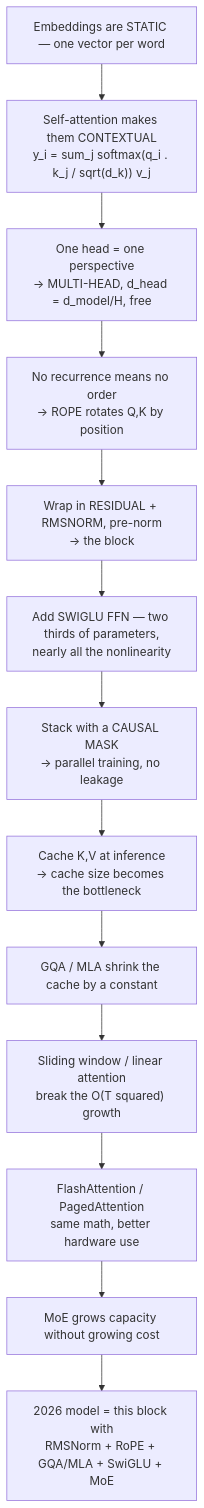
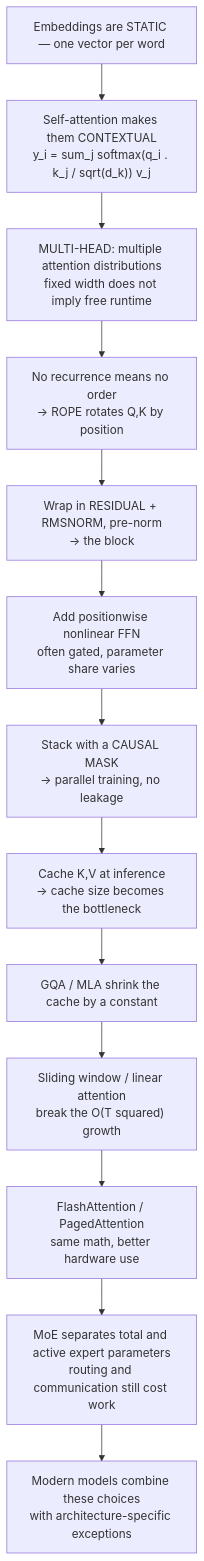
The diagram in content/courses/transformers/17-glossary-and-cheatsheet.md (alliedbrother/ml-interview-notes), drawn with Mermaid before and after one commit. The commit also changed other lines of this file and 217 other files, not shown here.

````diff
--- a/content/courses/transformers/17-glossary-and-cheatsheet.md
+++ b/content/courses/transformers/17-glossary-and-cheatsheet.md
@@ -372,15 +403,15 @@
 ```mermaid
 flowchart TD
     A["Embeddings are STATIC — one vector per word"] --> B["Self-attention makes them CONTEXTUAL<br/>y_i = sum_j softmax(q_i . k_j / sqrt(d_k)) v_j"]
-    B --> C["One head = one perspective<br/>-&gt; MULTI-HEAD, d_head = d_model/H, free"]
+    B --> C["MULTI-HEAD: multiple attention distributions<br/>fixed width does not imply free runtime"]
     C --> D["No recurrence means no order<br/>-&gt; ROPE rotates Q,K by position"]
     D --> E["Wrap in RESIDUAL + RMSNORM, pre-norm<br/>-&gt; the block"]
-    E --> F["Add SWIGLU FFN — two thirds of parameters,<br/>nearly all the nonlinearity"]
+    E --> F["Add positionwise nonlinear FFN<br/>often gated, parameter share varies"]
     F --> G["Stack with a CAUSAL MASK<br/>-&gt; parallel training, no leakage"]
     G --> H["Cache K,V at inference<br/>-&gt; cache size becomes the bottleneck"]
     H --> I["GQA / MLA shrink the cache by a constant"]
     I --> J["Sliding window / linear attention<br/>break the O(T squared) growth"]
     J --> K["FlashAttention / PagedAttention<br/>same math, better hardware use"]
-    K --> L["MoE grows capacity without growing cost"]
-    L --> M["2026 model = this block with<br/>RMSNorm + RoPE + GQA/MLA + SwiGLU + MoE"]
+    K --> L["MoE separates total and active expert parameters<br/>routing and communication still cost work"]
+    L --> M["Modern models combine these choices<br/>with architecture-specific exceptions"]
 ```
````
